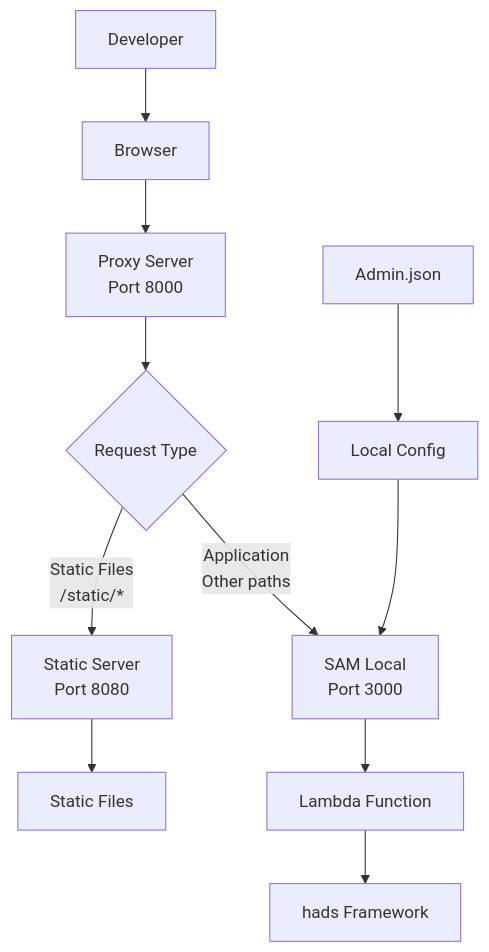
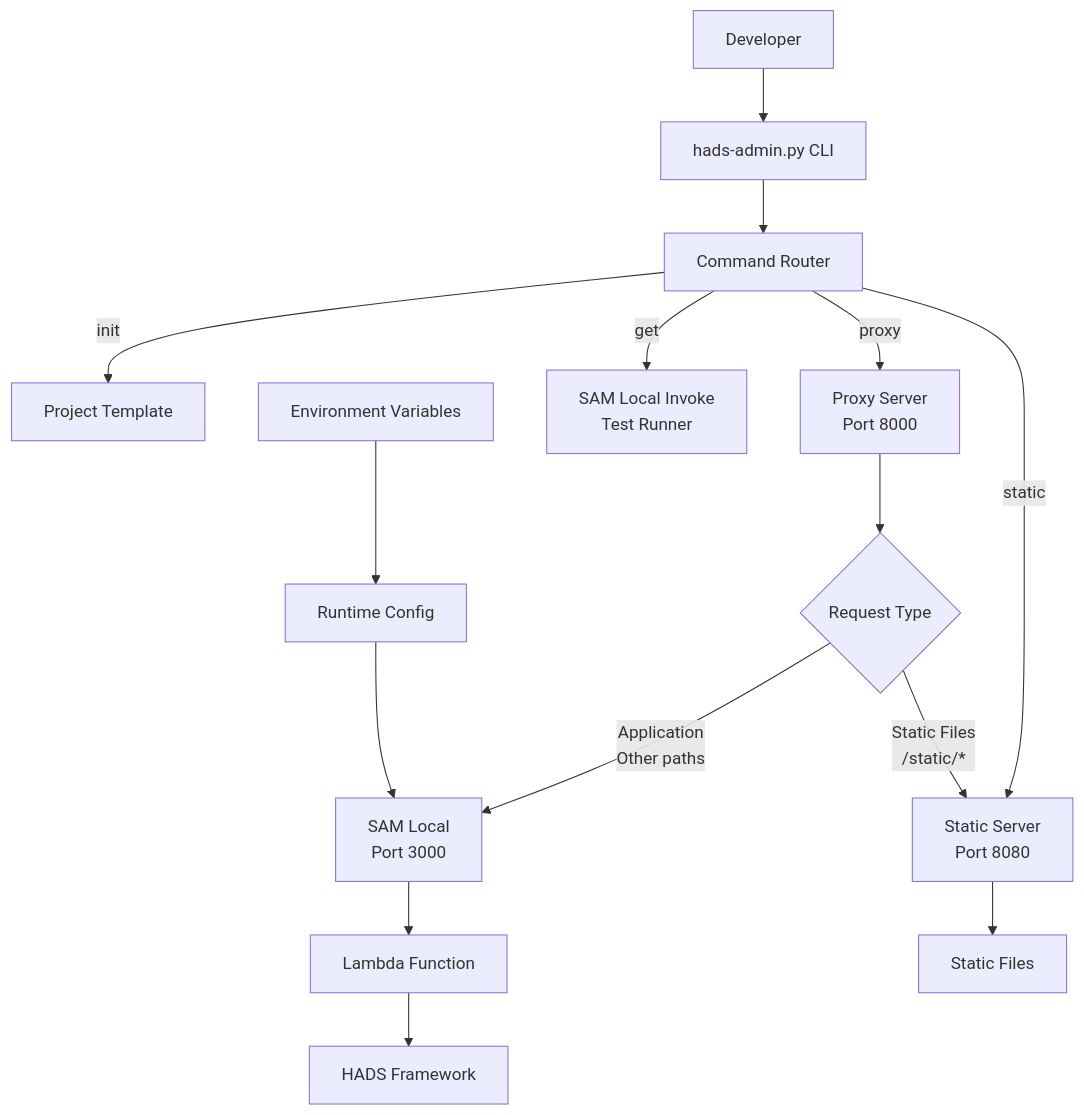
One commit to h-akira/wambda changed the diagram in design/05_development_environment.md. Above: the diagram before and after it, drawn with Mermaid. The commit also changed other lines of this file and 8 other files, not shown here.

````diff
--- a/design/05_development_environment.md
+++ b/design/05_development_environment.md
@@ -18,14 +18,21 @@
 ```mermaid
 graph TD
-    A[Developer] --> B[Browser]
-    B --> C[Proxy Server<br/>Port 8000]
-    C --> D{Request Type}
-    D -->|Static Files<br/>/static/*| E[Static Server<br/>Port 8080]
-    D -->|Application<br/>Other paths| F[SAM Local<br/>Port 3000]
-    F --> G[Lambda Function]
-    G --> H[hads Framework]
-    E --> I[Static Files]
+    A[Developer] --> B[hads-admin.py CLI]
+    B --> C[Command Router]
     
-    J[Admin.json] --> K[Local Config]
-    K --> F
+    C -->|init| D[Project Template]
+    C -->|proxy| E[Proxy Server<br/>Port 8000]
+    C -->|static| F[Static Server<br/>Port 8080] 
+    C -->|get| G[SAM Local Invoke<br/>Test Runner]
+    
+    E --> H{Request Type}
+    H -->|Static Files<br/>/static/*| F
+    H -->|Application<br/>Other paths| I[SAM Local<br/>Port 3000]
+    
+    I --> J[Lambda Function]
+    J --> K[HADS Framework]
+    F --> L[Static Files]
+    
+    M[Environment Variables] --> N[Runtime Config]
+    N --> I
 ```
````
